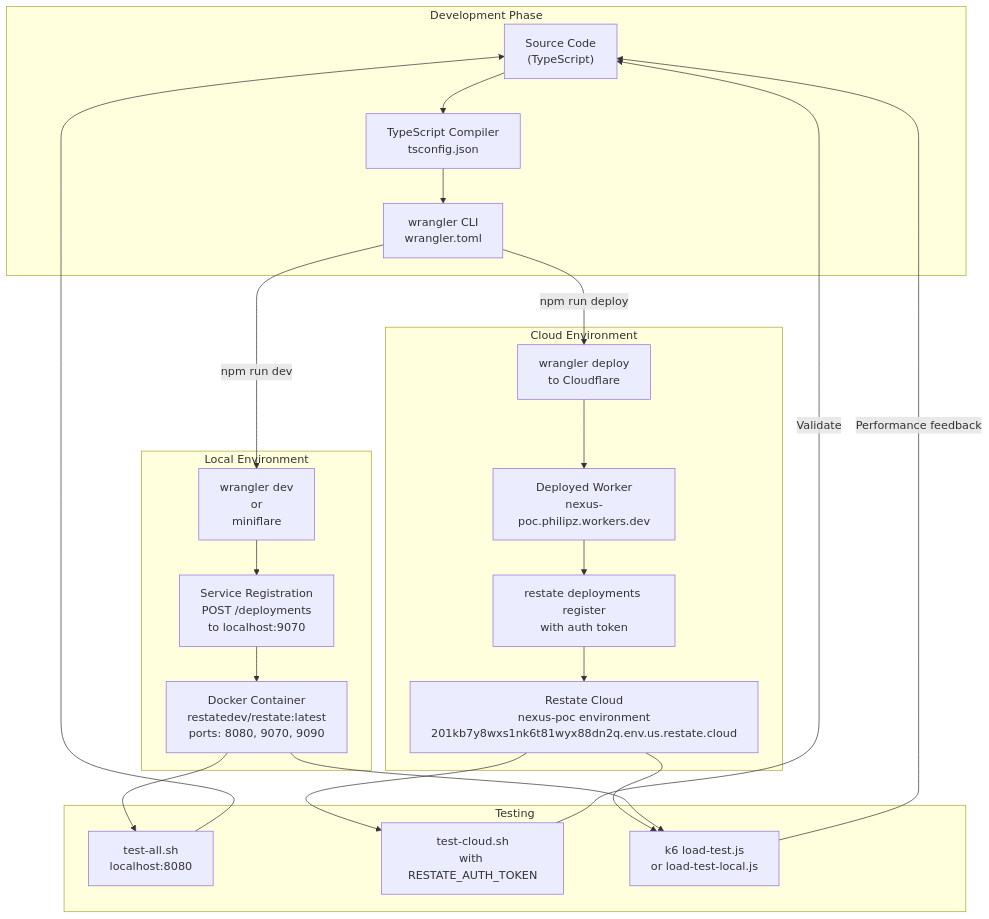
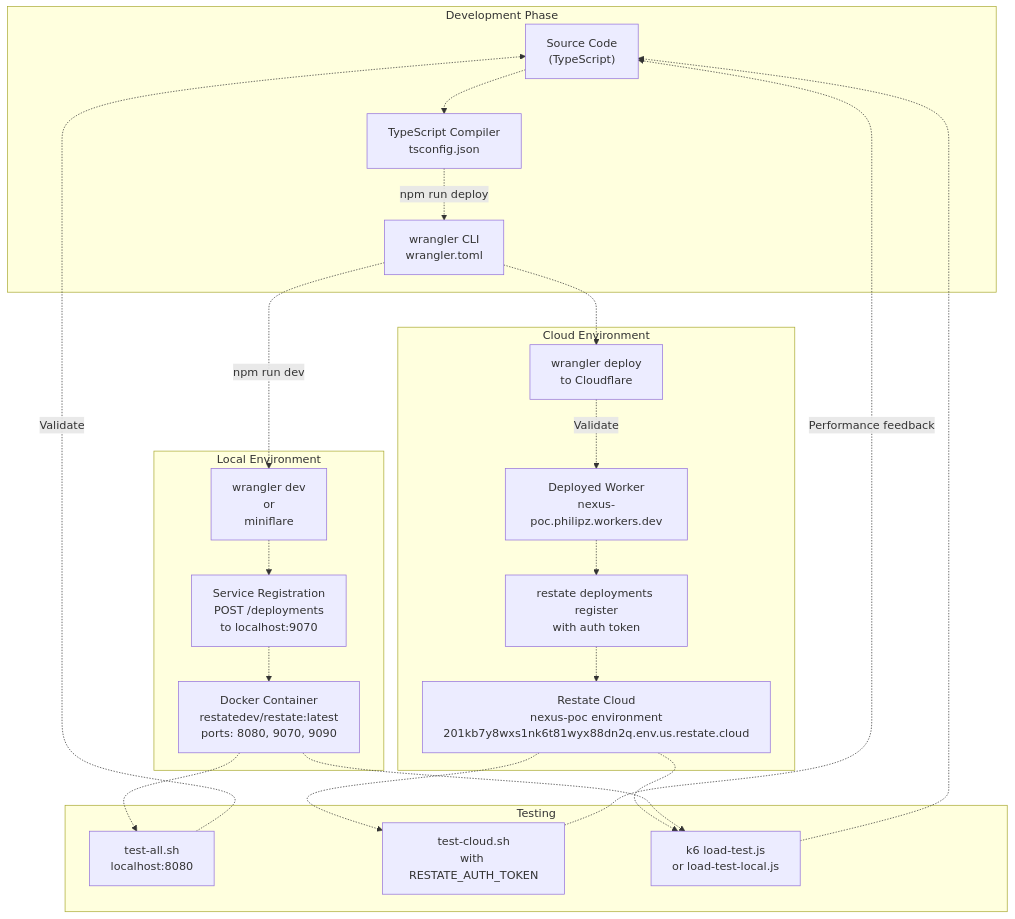
Before and after one commit to philipz/restate-cloudflare-workers-poc: the first of 3 diagrams in docs/deepwiki/Development-&-Deployment.md, drawn with Mermaid. The commit also changed other lines of this file and 27 other files, not shown here.

````diff
--- a/docs/deepwiki/Development-&-Deployment.md
+++ b/docs/deepwiki/Development-&-Deployment.md
@@ -30,59 +30,59 @@
 ```mermaid
 flowchart TD
 
 Code["Source Code<br>(TypeScript)"]
 TSC["TypeScript Compiler<br>tsconfig.json"]
 Wrangler["wrangler CLI<br>wrangler.toml"]
 LocalDev["wrangler dev<br>or<br>miniflare"]
 DockerRestate["Docker Container<br>restatedev/restate:latest<br>ports: 8080, 9070, 9090"]
 LocalReg["Service Registration<br>POST /deployments<br>to localhost:9070"]
 CFDeploy["wrangler deploy<br>to Cloudflare"]
 CFWorker["Deployed Worker<br>nexus-poc.philipz.workers.dev"]
 RestateCloud["Restate Cloud<br>nexus-poc environment<br>201kb7y8wxs1nk6t81wyx88dn2q.env.us.restate.cloud"]
 CloudReg["restate deployments register<br>with auth token"]
 LocalTest["test-all.sh<br>localhost:8080"]
 CloudTest["test-cloud.sh<br>with RESTATE_AUTH_TOKEN"]
 LoadTest["k6 load-test.js<br>or load-test-local.js"]
 
-Wrangler -->|"npm run dev"| LocalDev
-Wrangler -->|"npm run deploy"| CFDeploy
-DockerRestate --> LocalTest
-RestateCloud --> CloudTest
-RestateCloud --> LoadTest
-DockerRestate --> LoadTest
-LocalTest --> Code
-CloudTest -->|"Validate"| Code
-LoadTest -->|"Performance feedback"| Code
+Wrangler -.->|"npm run dev"| LocalDev
+Wrangler -.-> CFDeploy
+DockerRestate -.-> LocalTest
+RestateCloud -.-> CloudTest
+RestateCloud -.-> LoadTest
+DockerRestate -.-> LoadTest
+LocalTest -.->|"Validate"| Code
+CloudTest -.->|"Performance feedback"| Code
+LoadTest -.-> Code
 
 subgraph Testing ["Testing"]
     LocalTest
     CloudTest
     LoadTest
 end
 
 subgraph subGraph2 ["Cloud Environment"]
     CFDeploy
     CFWorker
     RestateCloud
     CloudReg
-    CFDeploy --> CFWorker
-    CFWorker --> CloudReg
-    CloudReg --> RestateCloud
+    CFDeploy -.->|"Validate"| CFWorker
+    CFWorker -.-> CloudReg
+    CloudReg -.-> RestateCloud
 end
 
 subgraph subGraph1 ["Local Environment"]
     LocalDev
     DockerRestate
     LocalReg
-    LocalDev --> LocalReg
-    LocalReg --> DockerRestate
+    LocalDev -.-> LocalReg
+    LocalReg -.-> DockerRestate
 end
 
 subgraph subGraph0 ["Development Phase"]
     Code
     TSC
     Wrangler
-    Code --> TSC
-    TSC --> Wrangler
+    Code -.-> TSC
+    TSC -.->|"npm run deploy"| Wrangler
 end
 ```
````
